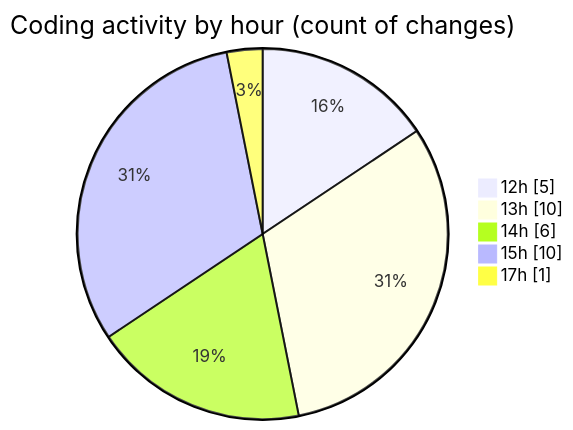
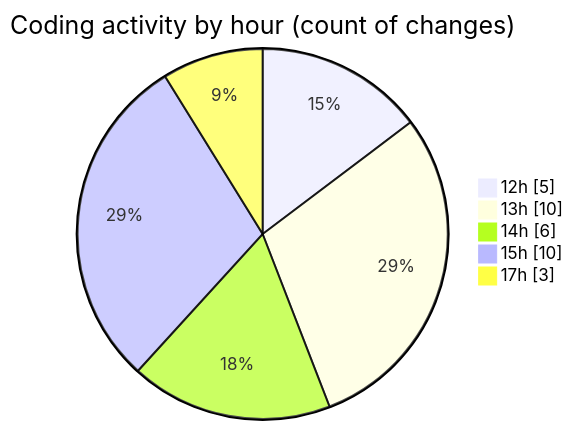
One commit to momahboobian/code-tracking changed the second of 2 diagrams in 2025-11-21/cda/README.md. Above: the diagram before and after it, drawn with Mermaid. The commit also changed other lines of this file and 1 other file, not shown here.

````diff
--- a/2025-11-21/cda/README.md
+++ b/2025-11-21/cda/README.md
@@ -36,9 +37,9 @@
 ```mermaid
 pie showData
 title Coding activity by hour (count of changes)
 "12h" : 5
 "13h" : 10
 "14h" : 6
 "15h" : 10
-"17h" : 1
+"17h" : 3
 ```
````
